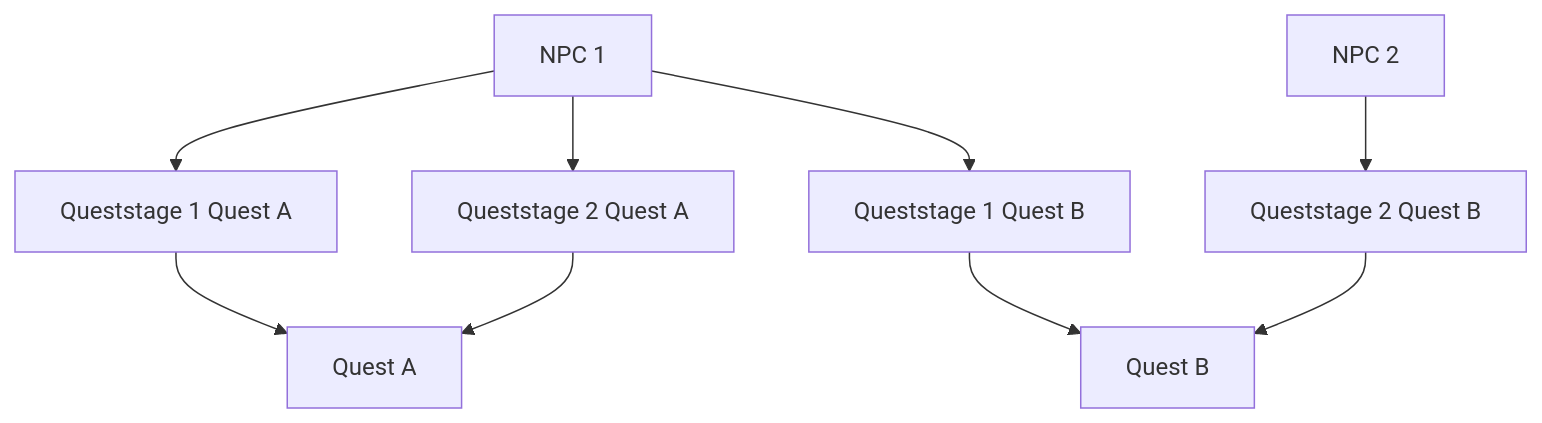
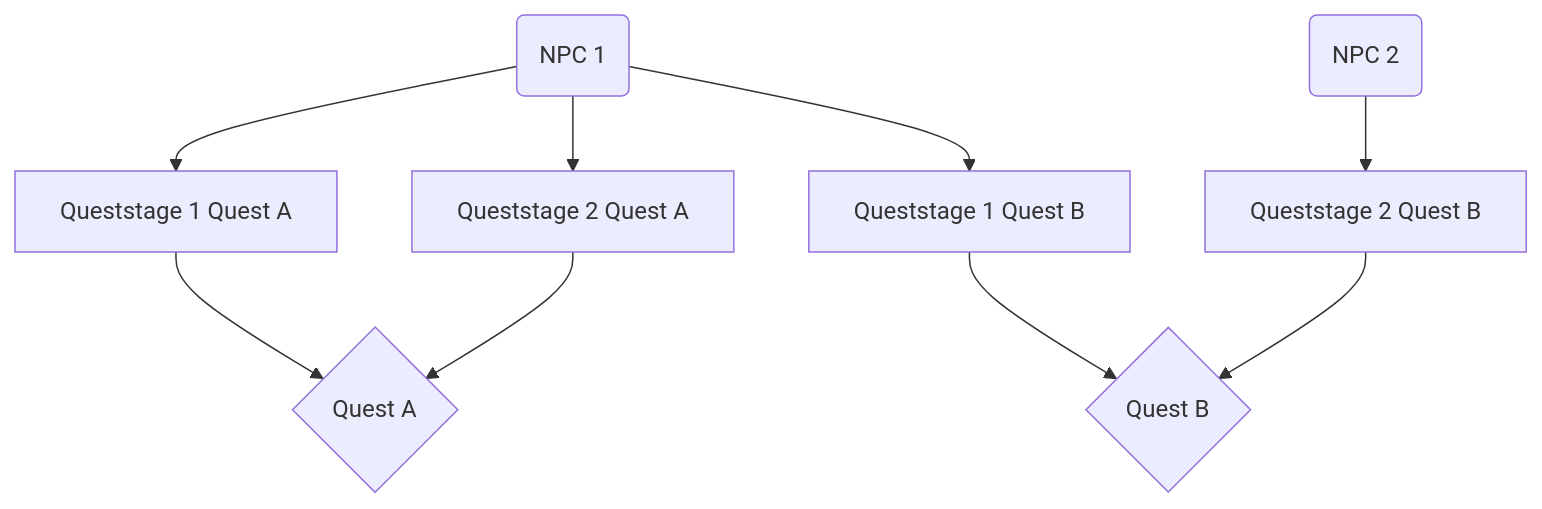
Before and after one commit to DefinitelyHighmore/MythicalQuests: the diagram in README.md, drawn with Mermaid. The commit also changed other lines of this file, not shown here.

````diff
--- a/README.md
+++ b/README.md
@@ -32,13 +32,13 @@
 ```mermaid
 graph TD;
-NPC1[NPC 1] --> 1A[Queststage 1 Quest A]
-NPC1[NPC 1] --> 2A[Queststage 2 Quest A]
-NPC1[NPC 1] --> 1B[Queststage 1 Quest B]
-NPC2[NPC 2] --> 2B[Queststage 2 Quest B]
+NPC1(NPC 1) --> 1A[Queststage 1 Quest A]
+NPC1 --> 2A[Queststage 2 Quest A]
+NPC1 --> 1B[Queststage 1 Quest B]
+NPC2(NPC 2) --> 2B[Queststage 2 Quest B]
 
-1B --> B[Quest B]
+1B --> B{Quest B}
 2B --> B
 
-1A --> A[Quest A]
+1A --> A{Quest A}
 2A --> A
 ```
````
